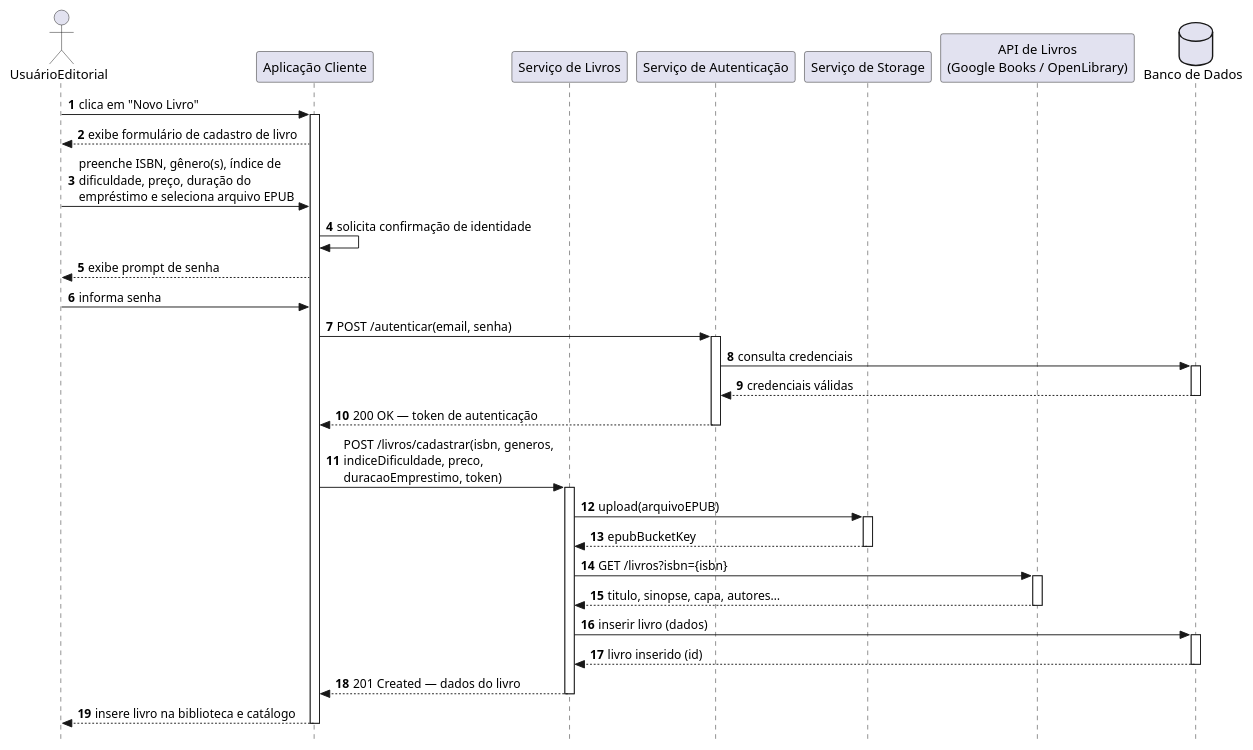
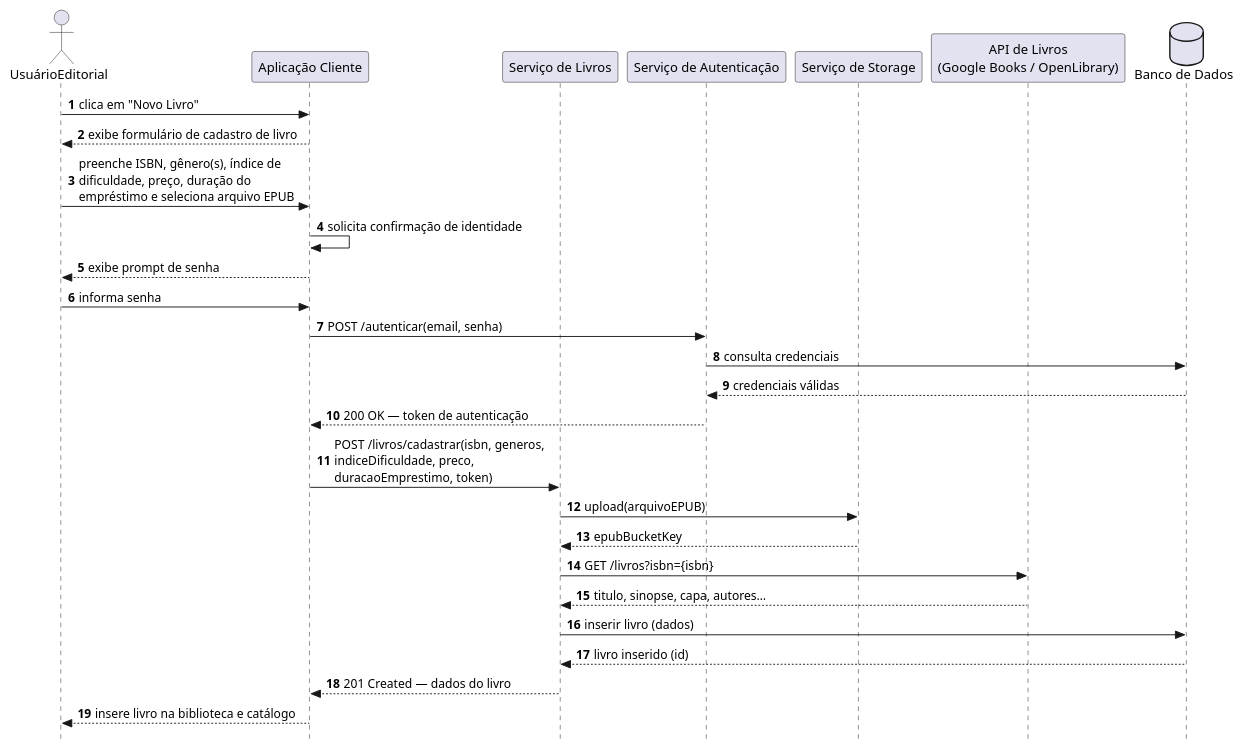
One commit to jalv21/iLib changed the diagram in docs/codigo-plantuml/diagramas-comunicacao/livros/dc-cadastrar_livros.puml. Above: the diagram before and after it, drawn with PlantUML.

Commit message:
docs/criando diagrama de comunicação para cadastrar livros

```diff
--- a/docs/codigo-plantuml/diagramas-comunicacao/livros/dc-cadastrar_livros.puml
+++ b/docs/codigo-plantuml/diagramas-comunicacao/livros/dc-cadastrar_livros.puml
@@ -1,60 +1,49 @@
-@startuml ds-cadastrar_livros
+@startuml dc-cadastrar_livros
 autonumber
 skinparam style strictuml
 
 actor UsuarioEditorial as "UsuárioEditorial"
 participant Client      as "Aplicação Cliente"
 participant ServiceLivros  as "Serviço de Livros"
 participant ServiceAuth    as "Serviço de Autenticação"
 participant StorageService as "Serviço de Storage"
 participant BookAPI        as "API de Livros\n(Google Books / OpenLibrary)"
 database    BD             as "Banco de Dados"
 
 UsuarioEditorial -> Client : clica em "Novo Livro"
-activate Client
 
 Client --> UsuarioEditorial : exibe formulário de cadastro de livro
 
 UsuarioEditorial -> Client : preenche ISBN, gênero(s), índice de\ndificuldade, preço, duração do\nempréstimo e seleciona arquivo EPUB
 Client -> Client : solicita confirmação de identidade
 
 ' ── include: autenticar ──────────────────
 Client --> UsuarioEditorial : exibe prompt de senha
 UsuarioEditorial -> Client  : informa senha
 Client -> ServiceAuth : POST /autenticar(email, senha)
-activate ServiceAuth
+ 
 ServiceAuth -> BD : consulta credenciais
-activate BD
+ 
 BD --> ServiceAuth : credenciais válidas
-deactivate BD
+
 ServiceAuth --> Client : 200 OK — token de autenticação
-deactivate ServiceAuth
 ' ─────────────────────────────────────────
-
 Client -> ServiceLivros : POST /livros/cadastrar(isbn, generos,\nindiceDificuldade, preco,\nduracaoEmprestimo, token)
-activate ServiceLivros
 
 ' ── include: upload_epub ─────────────────
 ServiceLivros -> StorageService : upload(arquivoEPUB)
-activate StorageService
 StorageService --> ServiceLivros : epubBucketKey
-deactivate StorageService
 ' ─────────────────────────────────────────
-
 ServiceLivros -> BookAPI : GET /livros?isbn={isbn}
-activate BookAPI
 BookAPI --> ServiceLivros : titulo, sinopse, capa, autores…
-deactivate BookAPI
 
 ServiceLivros -> BD : inserir livro (dados)
-activate BD
+
 BD --> ServiceLivros : livro inserido (id)
-deactivate BD
 
 ServiceLivros --> Client : 201 Created — dados do livro
-deactivate ServiceLivros
 
 Client --> UsuarioEditorial : insere livro na biblioteca e catálogo
-deactivate Client
+
 
 @enduml
```
